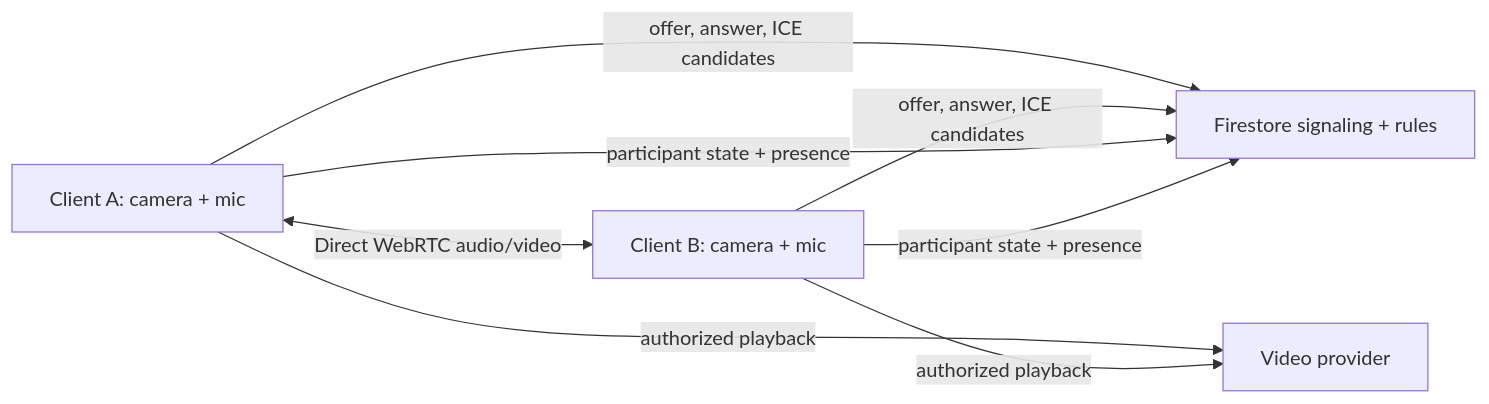
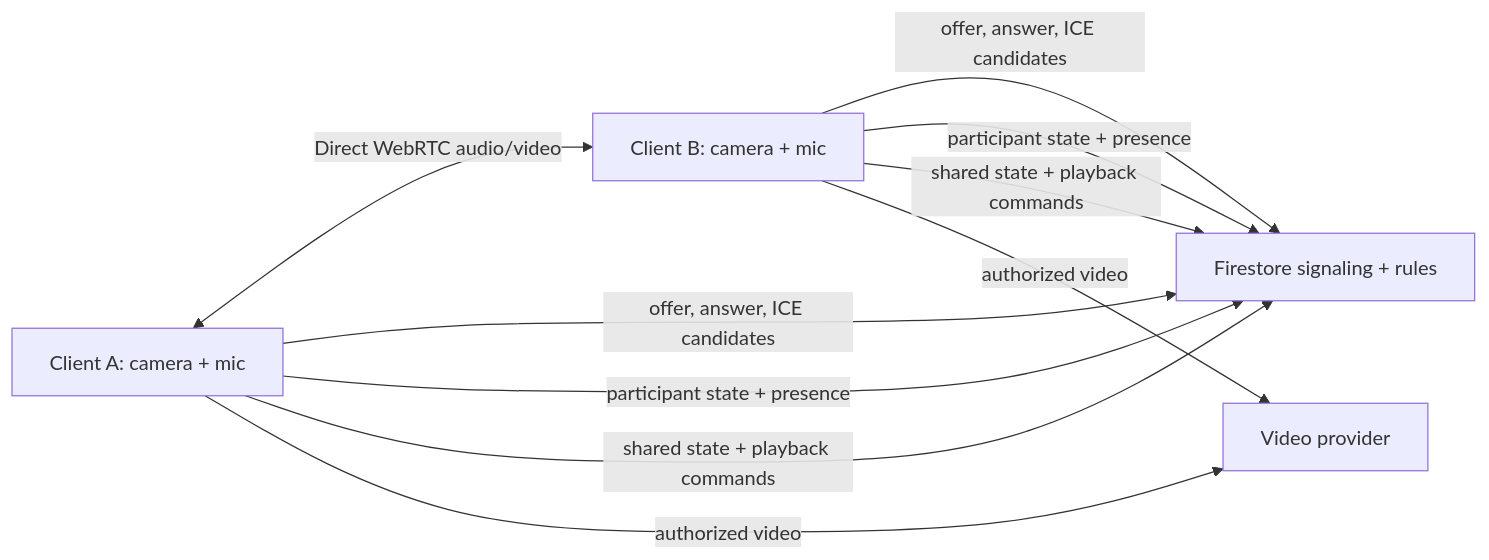
One commit to TenzinKalden8/WatchWith changed the fourth of 5 diagrams in ARCHITECTURE.md. Above: the diagram before and after it, drawn with Mermaid. The commit also changed other lines of this file and 8 other files, not shown here.

````diff
--- a/ARCHITECTURE.md
+++ b/ARCHITECTURE.md
@@ -60,10 +60,12 @@
 ```mermaid
 flowchart LR
   A[Client A: camera + mic] <-->|Direct WebRTC audio/video| B[Client B: camera + mic]
   A -->|offer, answer, ICE candidates| F[Firestore signaling + rules]
   B -->|offer, answer, ICE candidates| F
   A -->|participant state + presence| F
   B -->|participant state + presence| F
-  A -->|authorized playback| P[Video provider]
-  B -->|authorized playback| P
+  A -->|shared state + playback commands| F
+  B -->|shared state + playback commands| F
+  A -->|authorized video| P[Video provider]
+  B -->|authorized video| P
 ```
````
